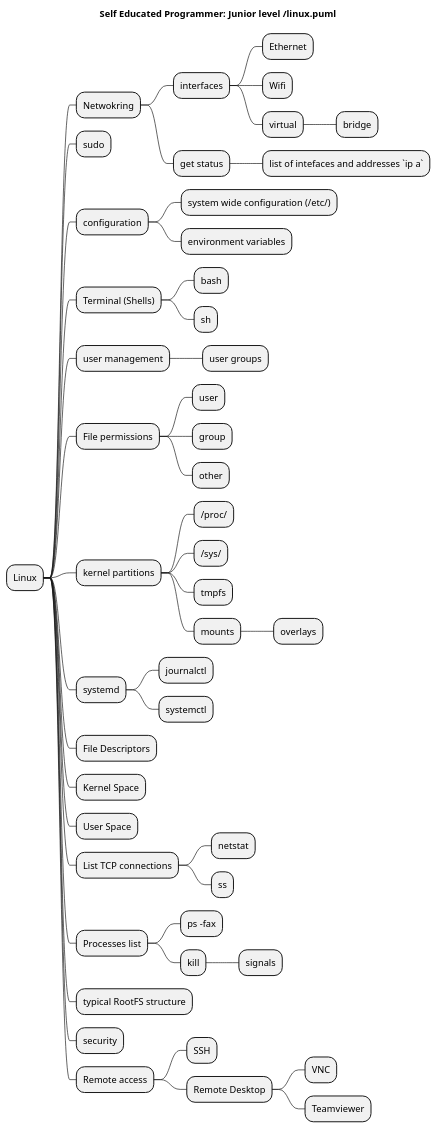
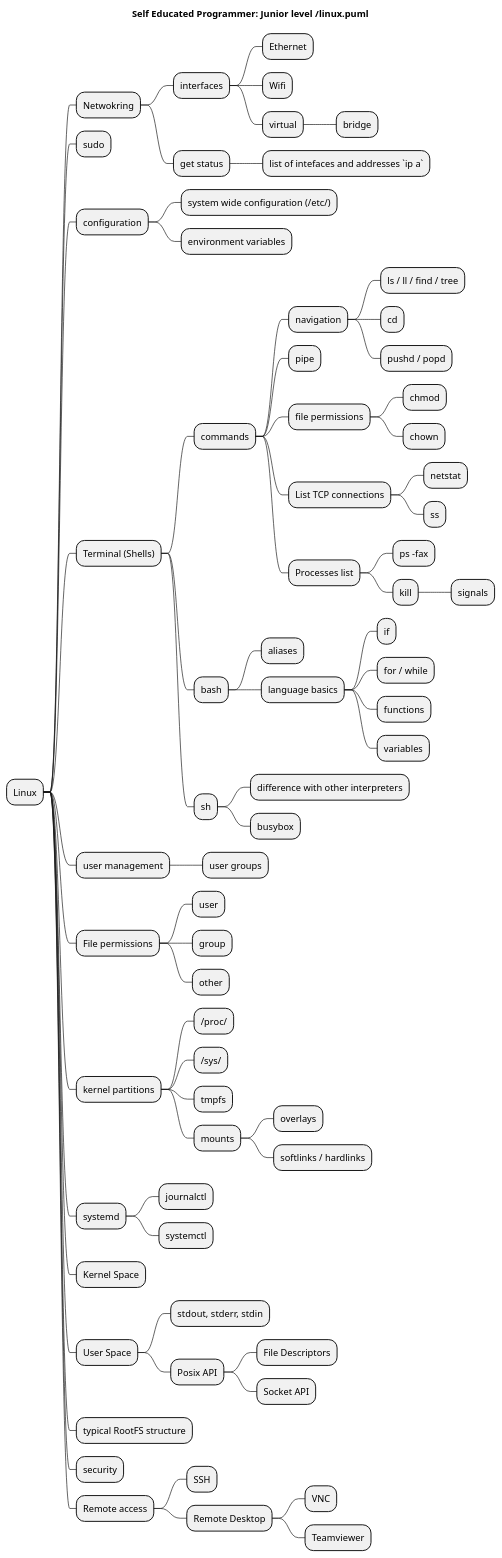
Before and after one commit to SmartSoftDev/self_educated_software_programmer_path: the diagram in linux.puml, drawn with PlantUML. The commit also changed 1 other file, not shown here.

```diff
--- a/linux.puml
+++ b/linux.puml
@@ -1,55 +1,76 @@
 @startmindmap
 title Self Educated Programmer: Junior level /linux.puml
 
 
 * Linux
 ** Netwokring
 *** interfaces
 **** Ethernet
 **** Wifi
 **** virtual
 ***** bridge
 *** get status
 **** list of intefaces and addresses `ip a`
 ** sudo
 ** configuration
 *** system wide configuration (/etc/)
 *** environment variables
 ** Terminal (Shells)
+*** commands
+**** navigation
+***** ls / ll / find / tree
+***** cd
+***** pushd / popd
+**** pipe
+**** file permissions
+***** chmod
+***** chown
+**** List TCP connections
+***** netstat
+***** ss
+**** Processes list
+***** ps -fax
+***** kill
+****** signals
 *** bash
+**** aliases
+**** language basics
+***** if
+***** for / while
+***** functions
+***** variables
 *** sh
+**** difference with other interpreters
+**** busybox
 ** user management
 *** user groups
 ** File permissions
 *** user
 *** group
 *** other
 ** kernel partitions
 *** /proc/
 *** /sys/
 *** tmpfs
 *** mounts
 **** overlays
+**** softlinks / hardlinks
 ** systemd
 *** journalctl
 *** systemctl
-** File Descriptors
 ** Kernel Space
 ** User Space
-** List TCP connections
-*** netstat
-*** ss
-** Processes list
-*** ps -fax
-*** kill
-**** signals
+*** stdout, stderr, stdin
+*** Posix API
+**** File Descriptors
+**** Socket API
 ** typical RootFS structure
 ** security
 ** Remote access
 *** SSH
 *** Remote Desktop
 **** VNC
 **** Teamviewer
 
 
 @endmindmap
```
